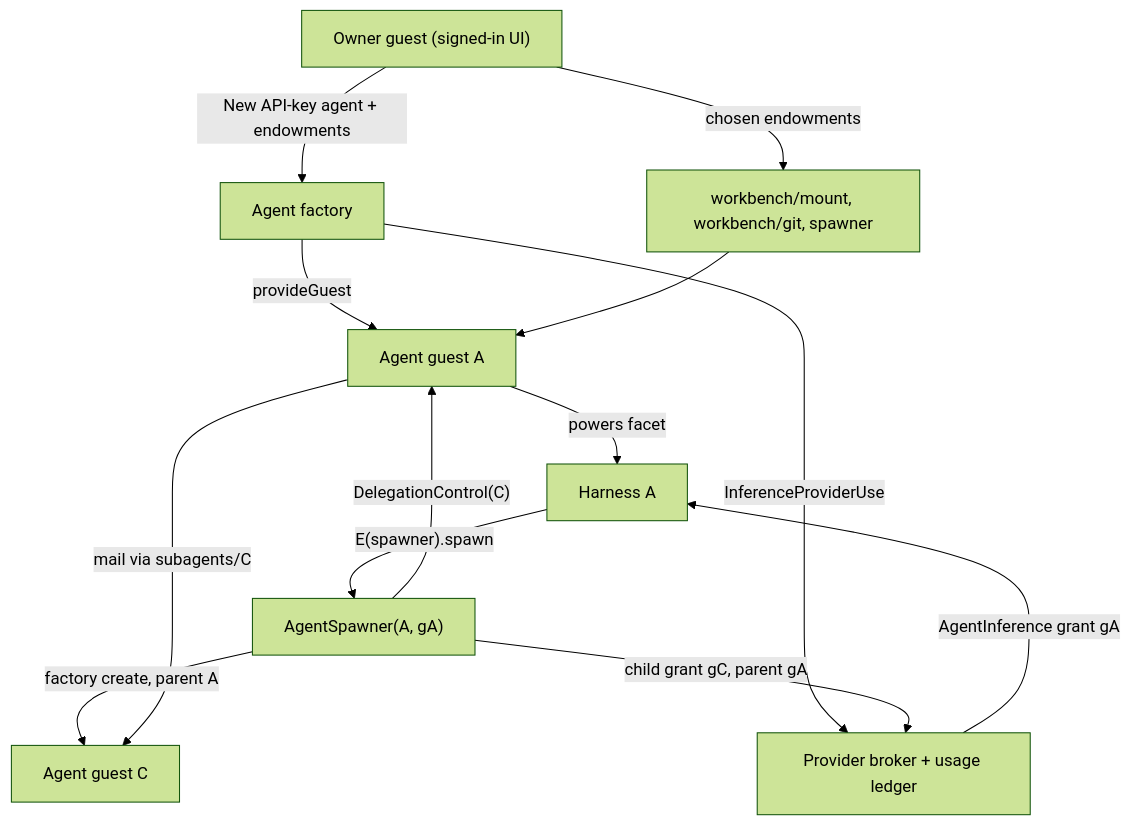
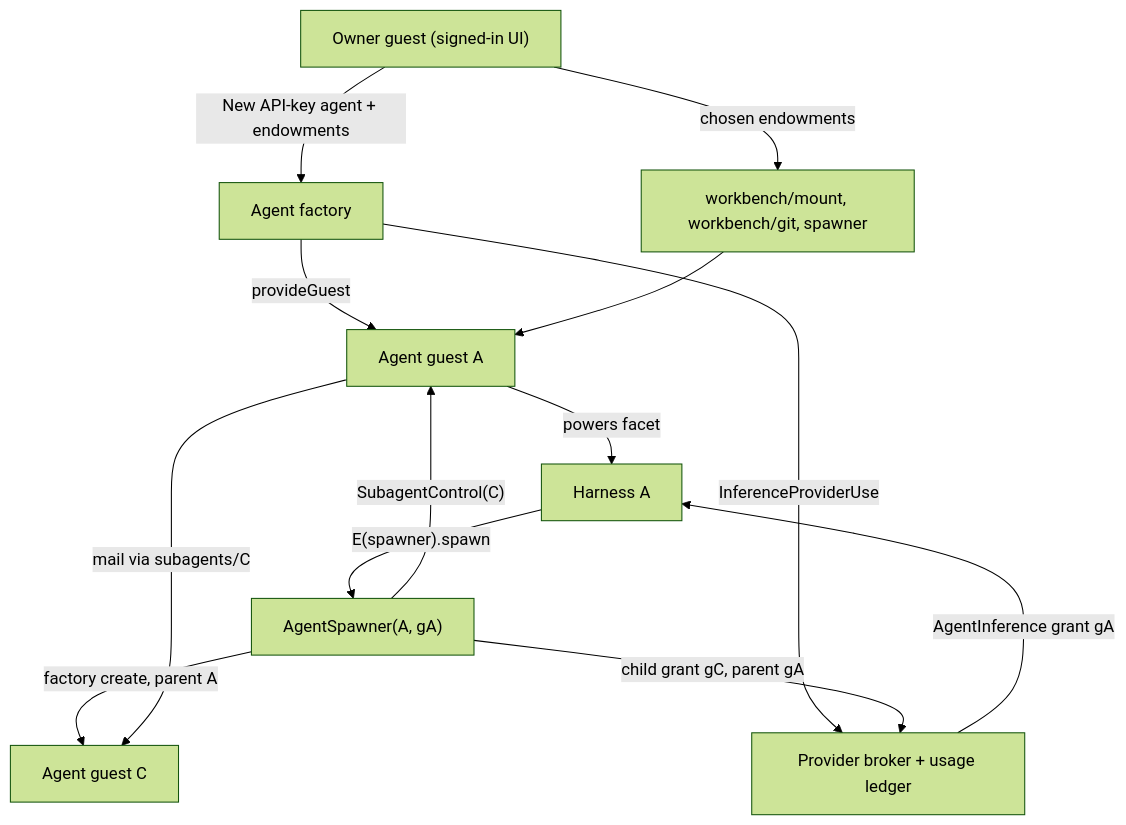
One commit to endojs/endo-but-for-bots changed the diagram in designs/api-key-agent-workbench.md. Above: the diagram before and after it, drawn with Mermaid (forest theme). The commit also changed other lines of this file and 1 other file, not shown here.

````diff
--- a/designs/api-key-agent-workbench.md
+++ b/designs/api-key-agent-workbench.md
@@ -47,15 +43,15 @@
 ```mermaid
 flowchart TD
     Owner["Owner guest (signed-in UI)"] -->|"New API-key agent + endowments"| Factory["Agent factory"]
     Factory -->|"provideGuest"| A["Agent guest A"]
     Factory -->|"InferenceProviderUse"| Broker["Provider broker + usage ledger"]
     Broker -->|"AgentInference grant gA"| HA["Harness A"]
     A -->|"powers facet"| HA
     Owner -->|"chosen endowments"| End["workbench/mount, workbench/git, spawner"]
     End --> A
     HA -->|"E(spawner).spawn"| Sp["AgentSpawner(A, gA)"]
     Sp -->|"factory create, parent A"| C["Agent guest C"]
     Sp -->|"child grant gC, parent gA"| Broker
-    Sp -->|"DelegationControl(C)"| A
+    Sp -->|"SubagentControl(C)"| A
     A -->|"mail via subagents/C"| C
 ```
````
